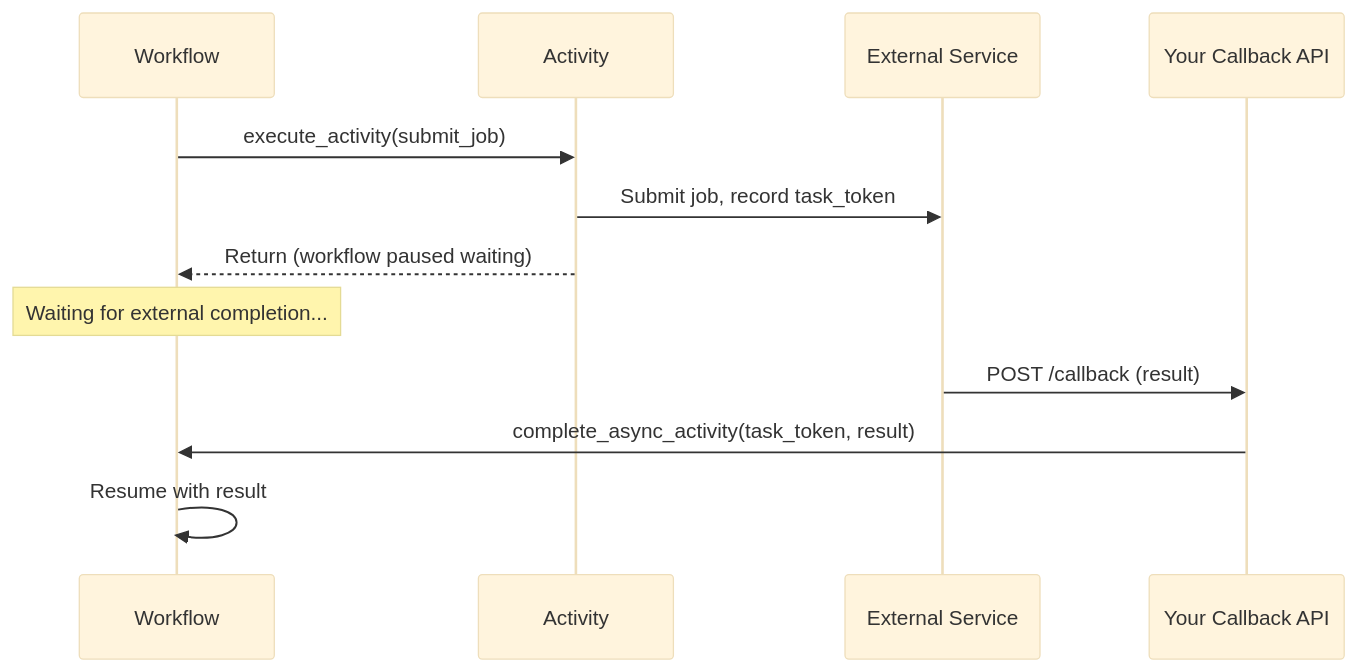
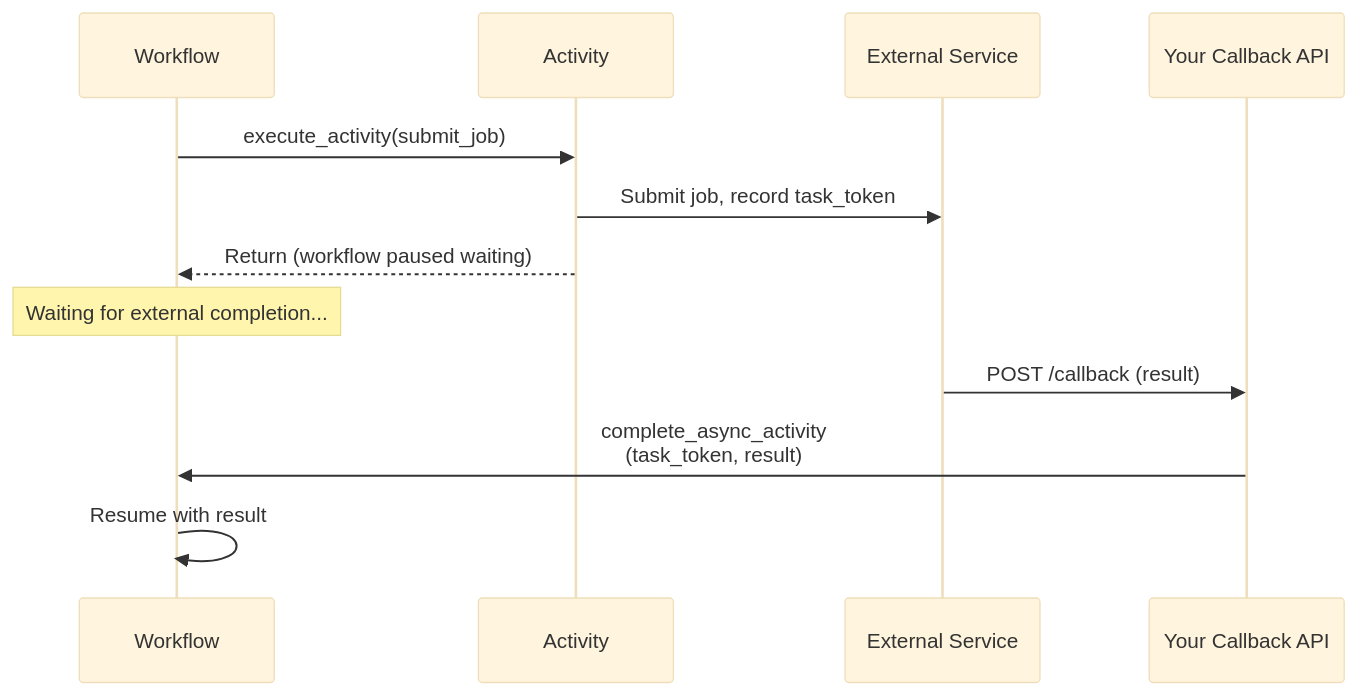
One commit to temporalio/documentation changed the third of 3 diagrams in docs/design-patterns/delayed-callback.mdx. Above: the diagram before and after it, drawn with Mermaid (base theme). The commit also changed other lines of this file and 15 other files, not shown here.

First line of the commit message:
Refactor Mermaid diagrams for improved clarity and consistency across documentation

````diff
--- a/docs/design-patterns/delayed-callback.mdx
+++ b/docs/design-patterns/delayed-callback.mdx
@@ -101,15 +101,15 @@
 ```mermaid
 sequenceDiagram
     participant W as Workflow
     participant A as Activity
     participant E as External Service
     participant CB as Your Callback API
 
     W->>A: execute_activity(submit_job)
     A->>E: Submit job, record task_token
     A-->>W: Return (workflow paused waiting)
     Note over W: Waiting for external completion...
     E->>CB: POST /callback (result)
-    CB->>W: complete_async_activity(task_token, result)
+    CB->>W: complete_async_activity<br/>(task_token, result)
     W->>W: Resume with result
 ```
````
